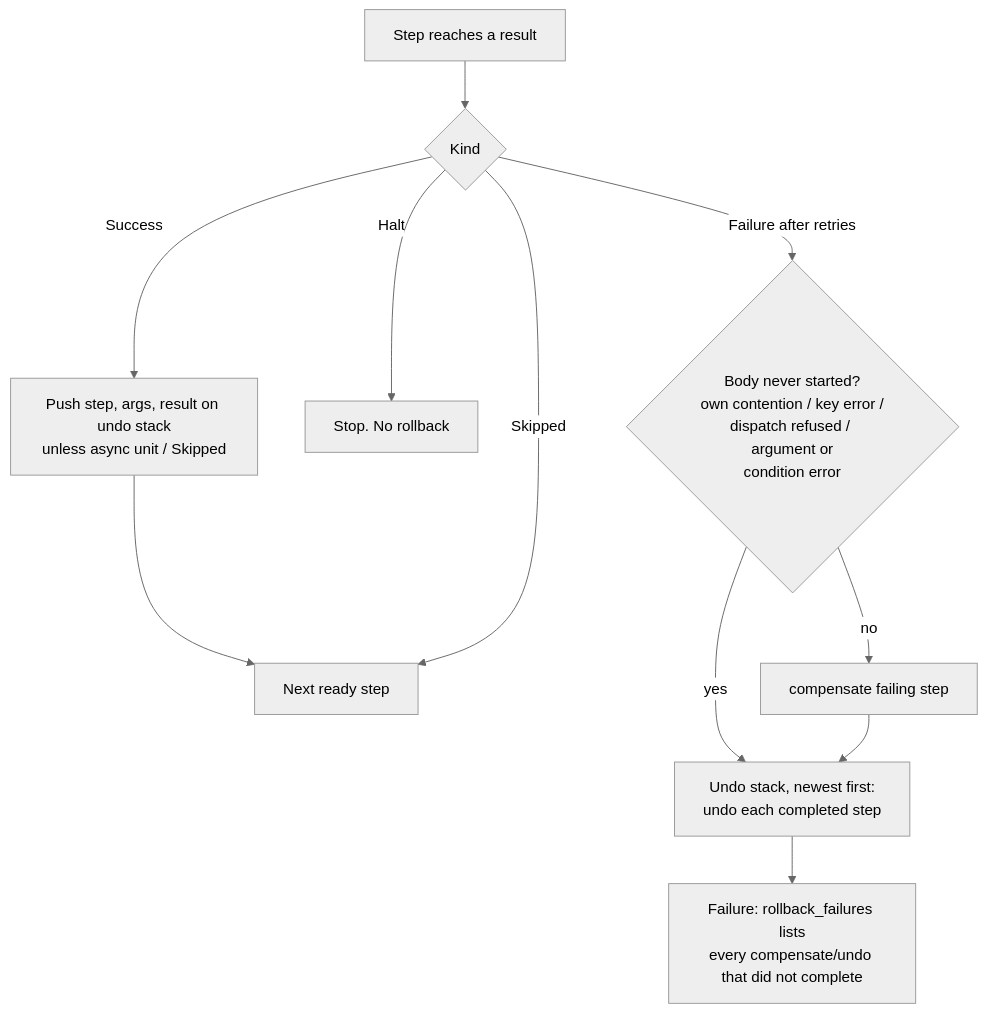
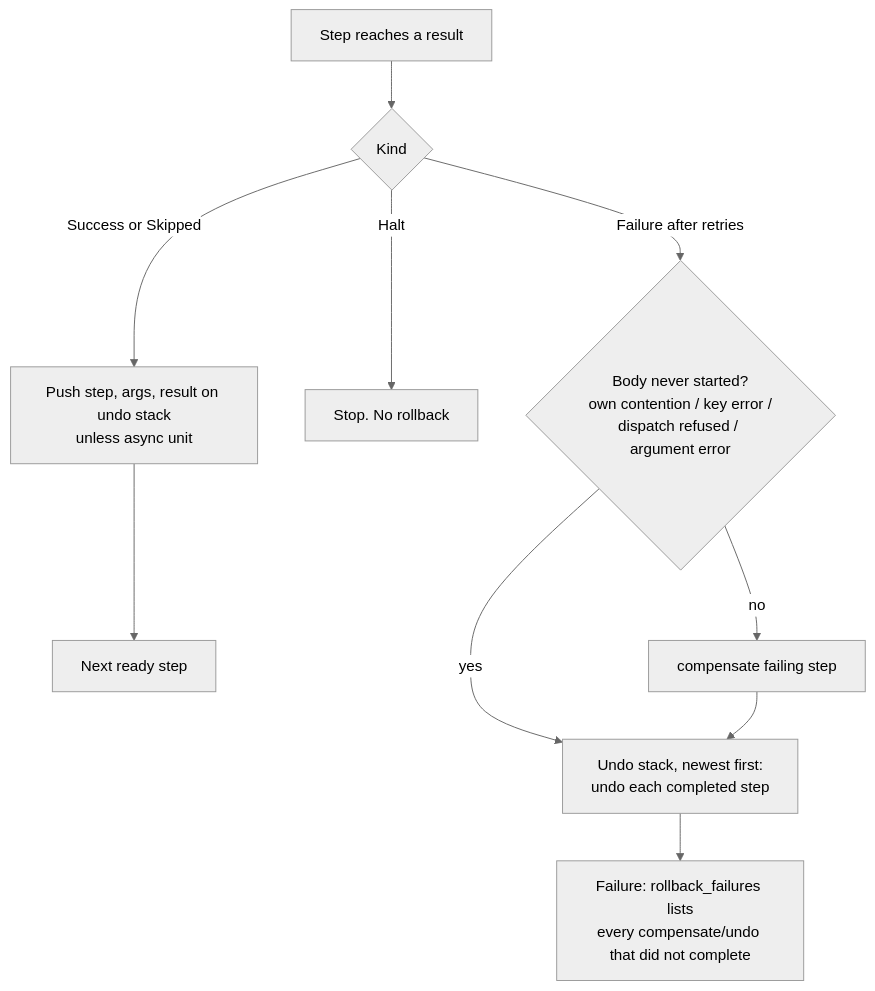
One commit to arturictus/ruby_reactor changed the diagram in specs/007-execution-flow-analysis/analysis/execution-order.md. Above: the diagram before and after it, drawn with Mermaid (neutral theme). The commit also changed other lines of this file and 66 other files, not shown here.

````diff
--- a/specs/007-execution-flow-analysis/analysis/execution-order.md
+++ b/specs/007-execution-flow-analysis/analysis/execution-order.md
@@ -27,13 +27,12 @@
 ```mermaid
 flowchart TD
   S[Step reaches a result] --> K{Kind}
-  K -->|Success| P[Push step, args, result on undo stack<br/>unless async unit / Skipped]
+  K -->|Success or Skipped| P[Push step, args, result on undo stack<br/>unless async unit]
   P --> N[Next ready step]
-  K -->|Skipped| N
   K -->|Halt| H[Stop. No rollback]
-  K -->|Failure after retries| NS{Body never started?<br/>own contention / key error /<br/>dispatch refused / argument or<br/>condition error}
+  K -->|Failure after retries| NS{Body never started?<br/>own contention / key error /<br/>dispatch refused / argument error}
   NS -->|yes| U
   NS -->|no| C[compensate failing step]
   C --> U[Undo stack, newest first:<br/>undo each completed step]
   U --> F[Failure: rollback_failures lists<br/>every compensate/undo that did not complete]
 ```
````
